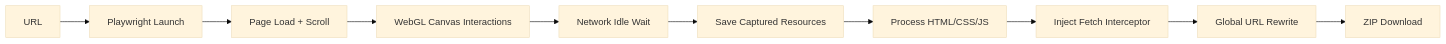
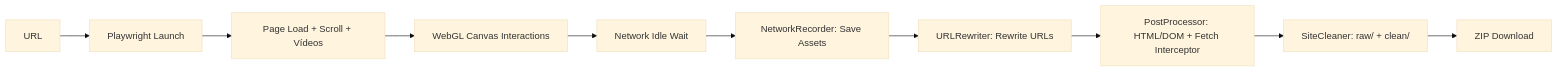
The diagram in README.md (Heitor-Tasso/DeepMirror-WebSites), drawn with Mermaid (base theme) before and after one commit. The commit also changed other lines of this file and 28 other files, not shown here.

````diff
--- a/README.md
+++ b/README.md
@@ -130,12 +146,12 @@
 ```mermaid
 graph LR
     A[URL] --> B[Playwright Launch]
-    B --> C[Page Load + Scroll]
+    B --> C[Page Load + Scroll + Vídeos]
     C --> D[WebGL Canvas Interactions]
     D --> E[Network Idle Wait]
-    E --> F[Save Captured Resources]
-    F --> G[Process HTML/CSS/JS]
-    G --> H[Inject Fetch Interceptor]
-    H --> I[Global URL Rewrite]
+    E --> F[NetworkRecorder: Save Assets]
+    F --> G[URLRewriter: Rewrite URLs]
+    G --> H[PostProcessor: HTML/DOM + Fetch Interceptor]
+    H --> I[SiteCleaner: raw/ + clean/]
     I --> J[ZIP Download]
 ```
````
